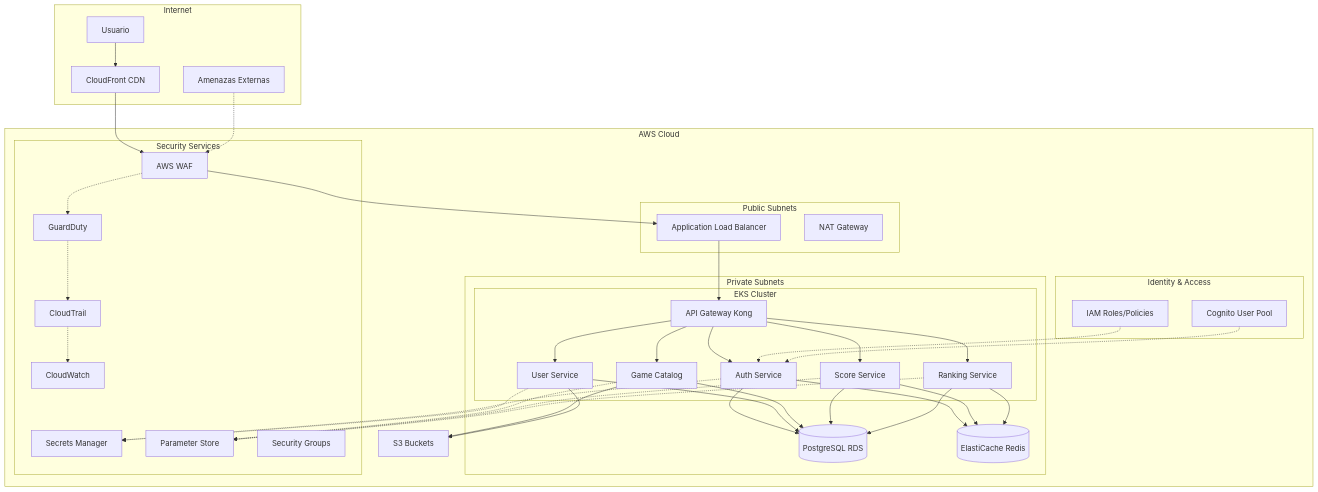
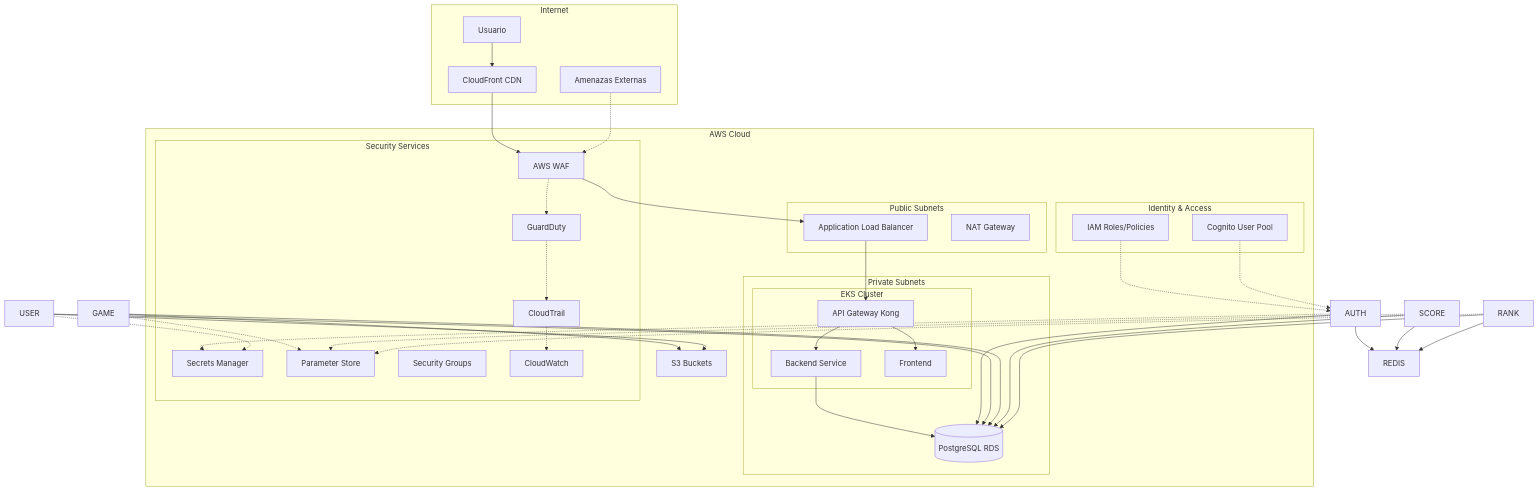
One commit to retrogamecloud/docs changed the diagram in infrastructure/security.mdx. Above: the diagram before and after it, drawn with Mermaid. The commit also changed other lines of this file and 129 other files, not shown here.

```diff
--- a/infrastructure/security.mdx
+++ b/infrastructure/security.mdx
@@ -28,15 +29,11 @@
         subgraph "Private Subnets"
             subgraph "EKS Cluster"
                 API[API Gateway Kong]
-                AUTH[Auth Service]
-                USER[User Service]
-                GAME[Game Catalog]
-                SCORE[Score Service]
-                RANK[Ranking Service]
+                BACKEND[Backend Service]
+                FRONTEND[Frontend]
             end
 
             RDS[(PostgreSQL RDS)]
-            REDIS[(ElastiCache Redis)]
         end
 
         subgraph "Security Services"
@@ -61,11 +58,9 @@
     CDN --> WAF
     WAF --> ALB
     ALB --> API
-    API --> AUTH
-    API --> USER
-    API --> GAME
-    API --> SCORE
-    API --> RANK
+    API --> BACKEND
+    API --> FRONTEND
+    BACKEND --> RDS
 
     ATTACKER -.-> WAF
     WAF -.-> GUARD
```
